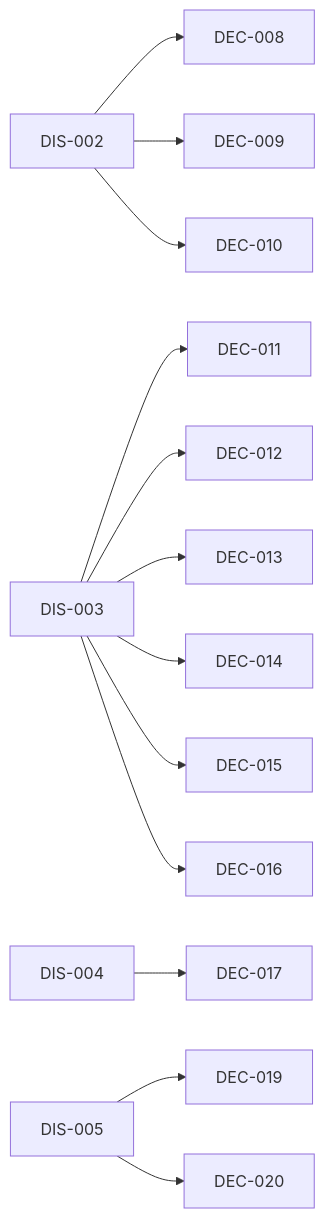
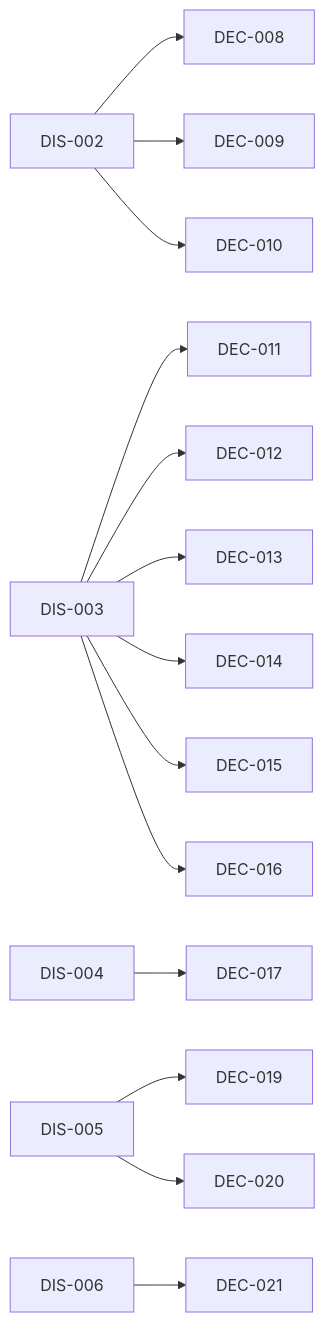
Before and after one commit to amartis/sonoai_research_notes: the diagram in INDEX.md, drawn with Mermaid. The commit also changed other lines of this file and 3 other files, not shown here.

First line of the commit message:
Add DIS-006 and DEC-021 (accepted): communication rules, research-writing standard, links by the index tool; EXP template gets n, 95% CI, baseline and a reporting checklist

````diff
--- a/INDEX.md
+++ b/INDEX.md
@@ -44,15 +46,16 @@
 ```mermaid
 flowchart LR
   DIS_002[DIS-002] --> DEC_008[DEC-008]
   DIS_002[DIS-002] --> DEC_009[DEC-009]
   DIS_002[DIS-002] --> DEC_010[DEC-010]
   DIS_003[DIS-003] --> DEC_011[DEC-011]
   DIS_003[DIS-003] --> DEC_012[DEC-012]
   DIS_003[DIS-003] --> DEC_013[DEC-013]
   DIS_003[DIS-003] --> DEC_014[DEC-014]
   DIS_003[DIS-003] --> DEC_015[DEC-015]
   DIS_003[DIS-003] --> DEC_016[DEC-016]
   DIS_004[DIS-004] --> DEC_017[DEC-017]
   DIS_005[DIS-005] --> DEC_019[DEC-019]
   DIS_005[DIS-005] --> DEC_020[DEC-020]
+  DIS_006[DIS-006] --> DEC_021[DEC-021]
 ```
````
